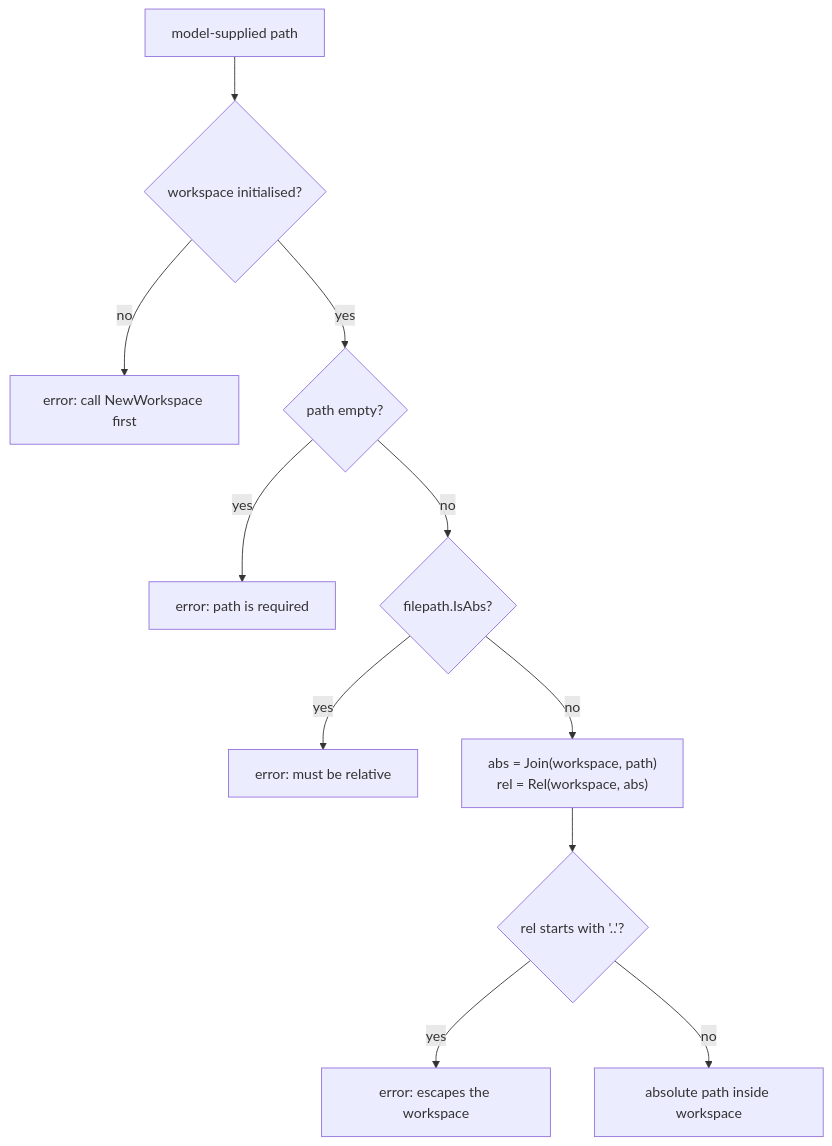
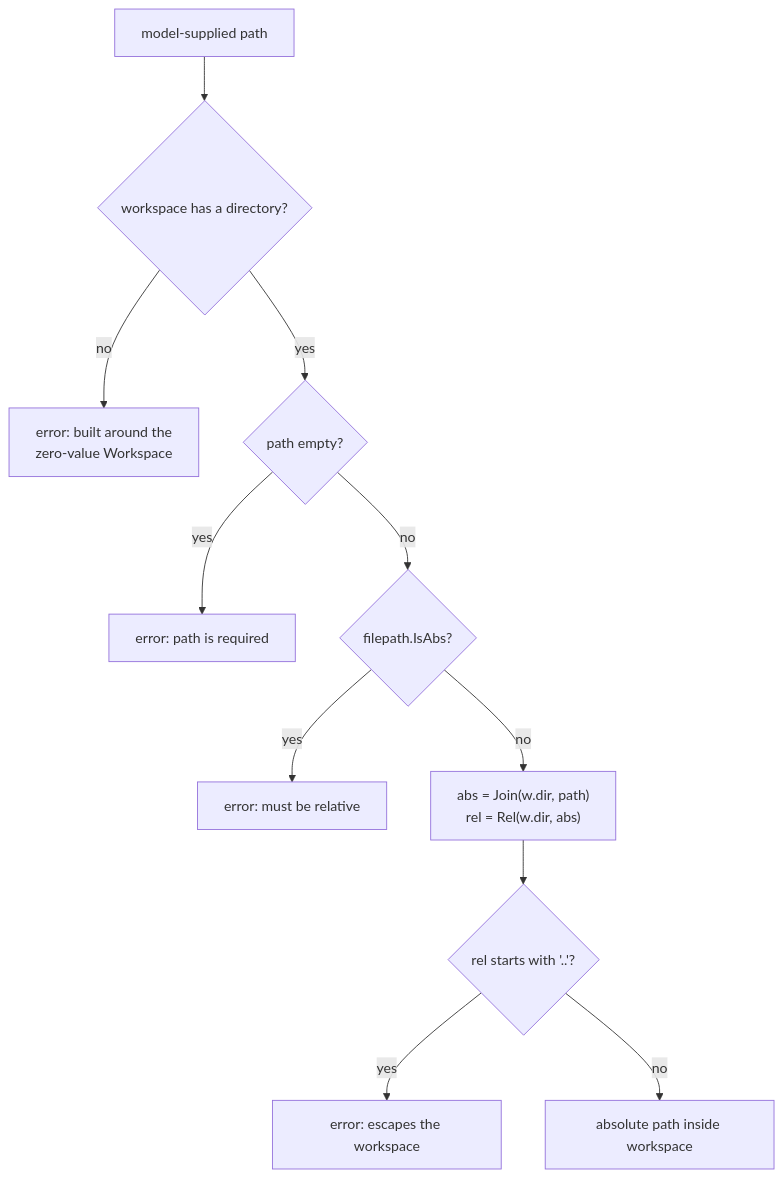
One commit to campoy/gai changed the fourth of 5 diagrams in ARCHITECTURE.md. Above: the diagram before and after it, drawn with Mermaid. The commit also changed other lines of this file and 14 other files, not shown here.

````diff
--- a/ARCHITECTURE.md
+++ b/ARCHITECTURE.md
@@ -218,13 +220,13 @@
 ```mermaid
 flowchart TD
-  p["model-supplied path"] --> c1{"workspace initialised?"}
-  c1 -- no --> e1["error: call NewWorkspace first"]
+  p["model-supplied path"] --> c1{"workspace has a directory?"}
+  c1 -- no --> e1["error: built around the<br/>zero-value Workspace"]
   c1 -- yes --> c2{"path empty?"}
   c2 -- yes --> e2["error: path is required"]
   c2 -- no --> c3{"filepath.IsAbs?"}
   c3 -- yes --> e3["error: must be relative"]
-  c3 -- no --> j["abs = Join(workspace, path)<br/>rel = Rel(workspace, abs)"]
+  c3 -- no --> j["abs = Join(w.dir, path)<br/>rel = Rel(w.dir, abs)"]
   j --> c4{"rel starts with '..'?"}
   c4 -- yes --> e4["error: escapes the workspace"]
   c4 -- no --> ok["absolute path inside workspace"]
 ```
````
